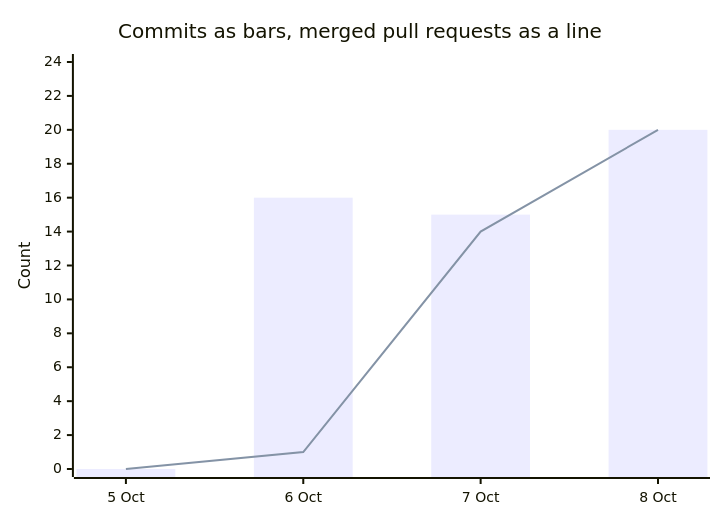
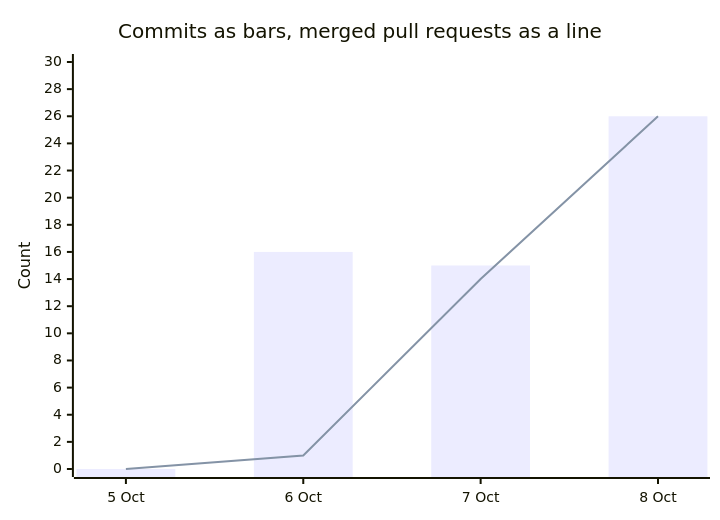
The diagram in notes/worklog.md (p10ns11y/proposales-planner-bench), drawn with Mermaid before and after one commit. The commit also changed other lines of this file and 6 other files, not shown here.

````diff
--- a/notes/worklog.md
+++ b/notes/worklog.md
@@ -5,8 +19,8 @@
 ```mermaid
 xychart-beta
   title "Commits as bars, merged pull requests as a line"
   x-axis ["5 Oct", "6 Oct", "7 Oct", "8 Oct"]
-  y-axis "Count" 0 --> 24
-  bar [0, 16, 15, 20]
-  line [0, 1, 14, 20]
+  y-axis "Count" 0 --> 30
+  bar [0, 16, 15, 26]
+  line [0, 1, 14, 26]
 ```
````
